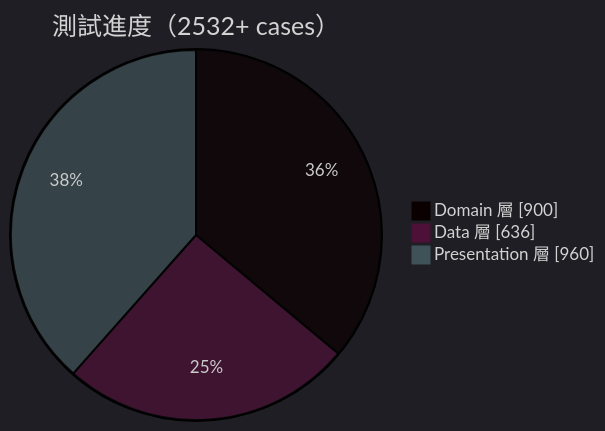
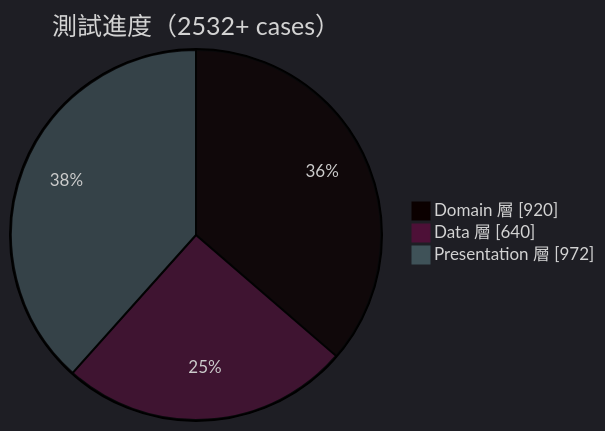
Before and after one commit to Neal75418/afterclose: the first of 3 diagrams in docs/TEST_COVERAGE_PLAN.md, drawn with Mermaid. The commit also changed 4 other files, not shown here.

````diff
--- a/docs/TEST_COVERAGE_PLAN.md
+++ b/docs/TEST_COVERAGE_PLAN.md
@@ -9,7 +9,7 @@
 ```mermaid
 %%{init: {'theme': 'dark'}}%%
 pie showData title 測試進度（2532+ cases）
-    "Domain 層" : 900
-    "Data 層" : 636
-    "Presentation 層" : 960
+    "Domain 層" : 920
+    "Data 層" : 640
+    "Presentation 層" : 972
 ```
````
